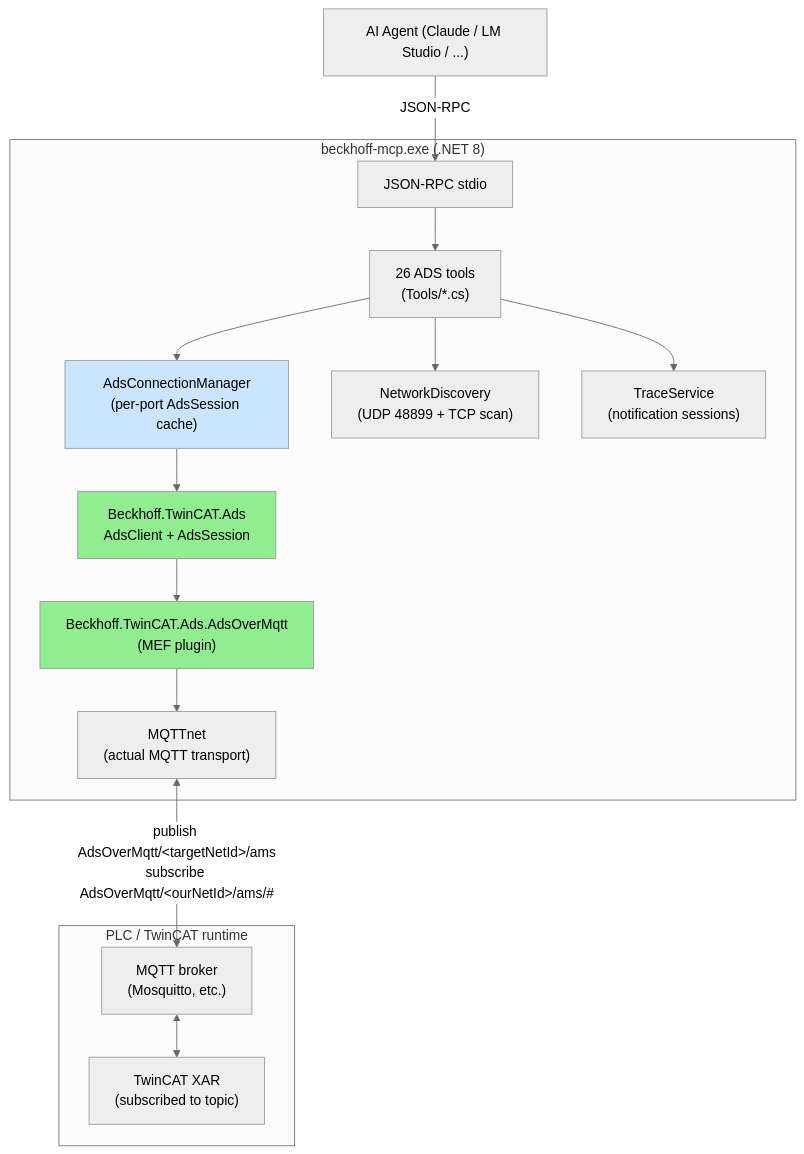
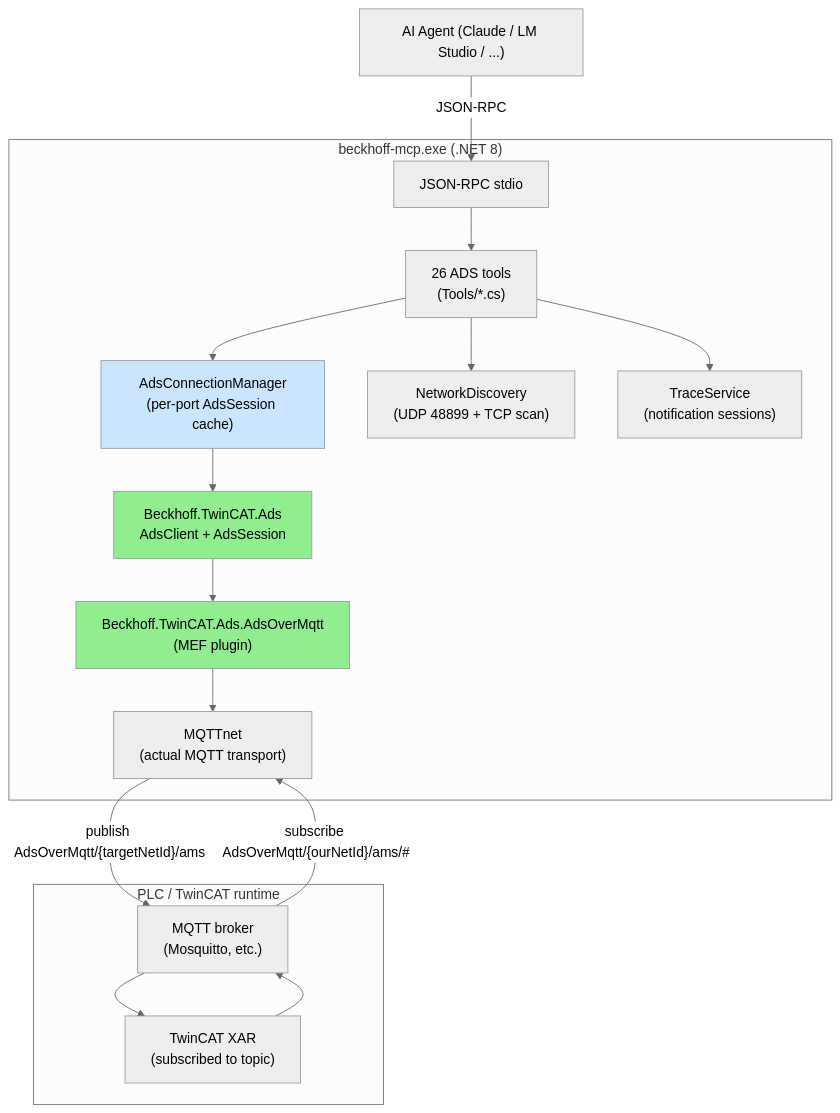
Before and after one commit to pirminbleiker/beckhoff_mcp: the first of 3 diagrams in ARCHITECTURE.md, drawn with Mermaid (neutral theme). The commit also changed other lines of this file and 6 other files, not shown here.

````diff
--- a/ARCHITECTURE.md
+++ b/ARCHITECTURE.md
@@ -5,35 +5,37 @@
 ```mermaid
 graph TB
     AGENT["AI Agent (Claude / LM Studio / ...)"]
 
     subgraph MCP["beckhoff-mcp.exe (.NET 8)"]
         STDIO["JSON-RPC stdio"]
         TOOLS["26 ADS tools<br/>(Tools/*.cs)"]
         MGR["AdsConnectionManager<br/>(per-port AdsSession cache)"]
         DISCO["NetworkDiscovery<br/>(UDP 48899 + TCP scan)"]
         TRACE["TraceService<br/>(notification sessions)"]
         ADSCLIENT["Beckhoff.TwinCAT.Ads<br/>AdsClient + AdsSession"]
         PLUGIN["Beckhoff.TwinCAT.Ads.AdsOverMqtt<br/>(MEF plugin)"]
         MQTTNET["MQTTnet<br/>(actual MQTT transport)"]
     end
 
     subgraph PLC["PLC / TwinCAT runtime"]
         BROKER["MQTT broker<br/>(Mosquitto, etc.)"]
         TCAT["TwinCAT XAR<br/>(subscribed to topic)"]
     end
 
     AGENT -->|JSON-RPC| STDIO
     STDIO --> TOOLS
     TOOLS --> MGR
     TOOLS --> DISCO
     TOOLS --> TRACE
     MGR --> ADSCLIENT
     ADSCLIENT --> PLUGIN
     PLUGIN --> MQTTNET
-    MQTTNET <-->|"publish AdsOverMqtt/&lt;targetNetId&gt;/ams<br/>subscribe AdsOverMqtt/&lt;ourNetId&gt;/ams/#"| BROKER
-    BROKER <--> TCAT
+    MQTTNET -->|"publish AdsOverMqtt/{targetNetId}/ams"| BROKER
+    BROKER -->|"subscribe AdsOverMqtt/{ourNetId}/ams/#"| MQTTNET
+    BROKER --> TCAT
+    TCAT --> BROKER
 
     style PLUGIN fill:#90ee90
     style ADSCLIENT fill:#90ee90
     style MGR fill:#cce5ff
 ```
````
